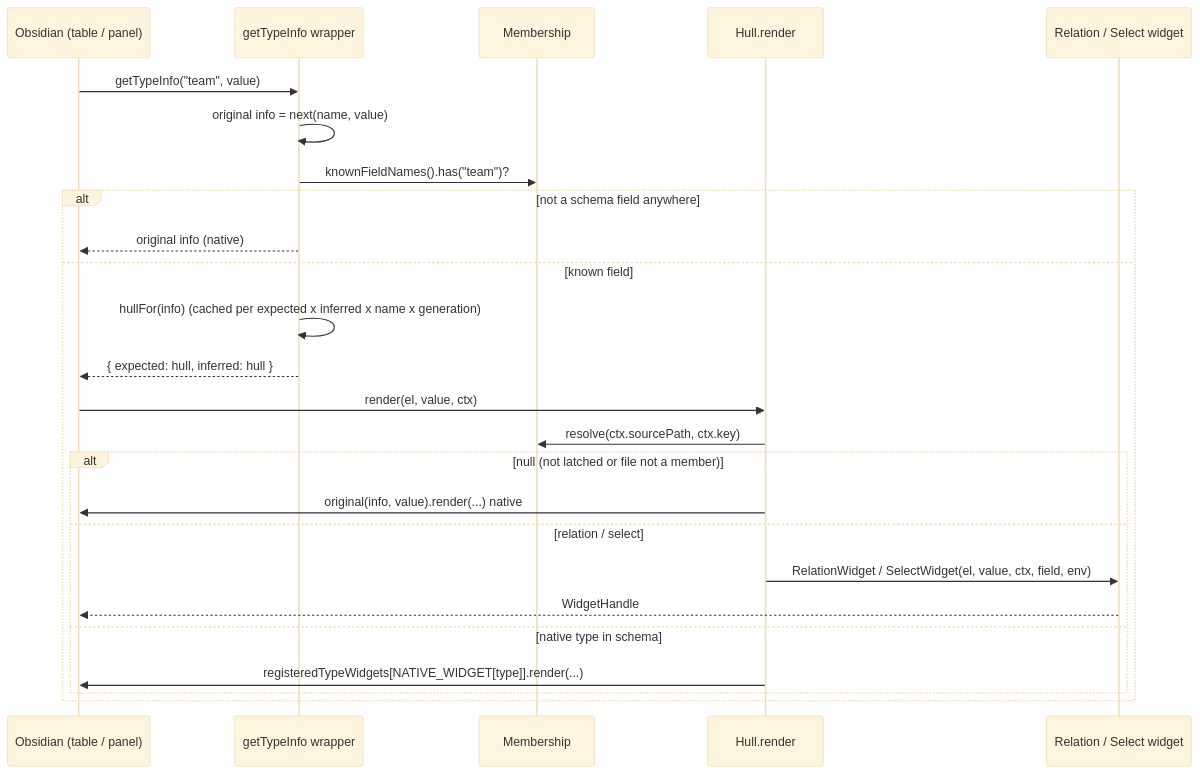
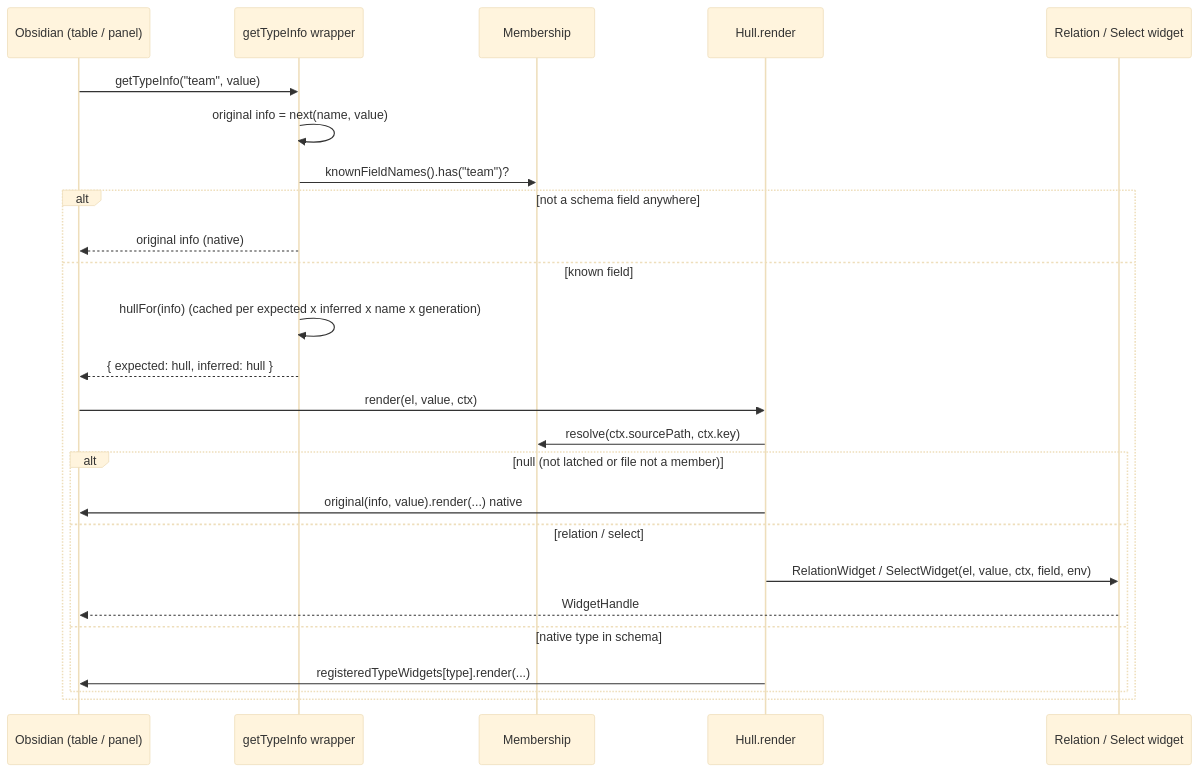
Before and after one commit to Macavity/obsidian-improved-bases: the diagram in wiki/flows/widget-render.md, drawn with Mermaid (base theme). The commit also changed other lines of this file and 7 other files, not shown here.

````diff
--- a/wiki/flows/widget-render.md
+++ b/wiki/flows/widget-render.md
@@ -21,27 +21,27 @@
 ```mermaid
 sequenceDiagram
   participant O as Obsidian (table / panel)
   participant G as getTypeInfo wrapper
   participant M as Membership
   participant H as Hull.render
   participant W as Relation / Select widget
   O->>G: getTypeInfo("team", value)
   G->>G: original info = next(name, value)
   G->>M: knownFieldNames().has("team")?
   alt not a schema field anywhere
     G-->>O: original info (native)
   else known field
     G->>G: hullFor(info) (cached per expected x inferred x name x generation)
     G-->>O: { expected: hull, inferred: hull }
     O->>H: render(el, value, ctx)
     H->>M: resolve(ctx.sourcePath, ctx.key)
     alt null (not latched or file not a member)
       H->>O: original(info, value).render(...) native
     else relation / select
       H->>W: RelationWidget / SelectWidget(el, value, ctx, field, env)
       W-->>O: WidgetHandle
     else native type in schema
-      H->>O: registeredTypeWidgets[NATIVE_WIDGET[type]].render(...)
+      H->>O: registeredTypeWidgets[type].render(...)
     end
   end
 ```
````
